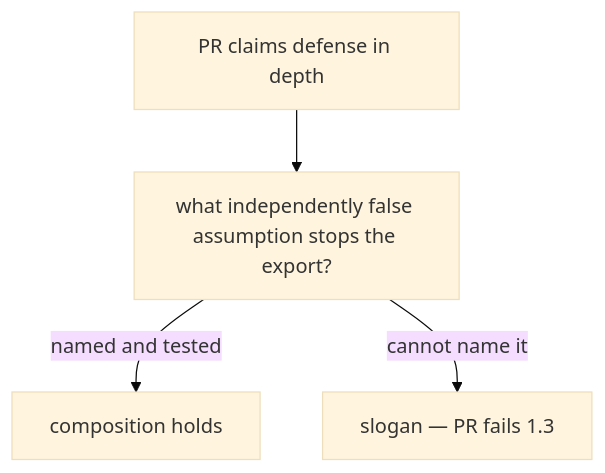
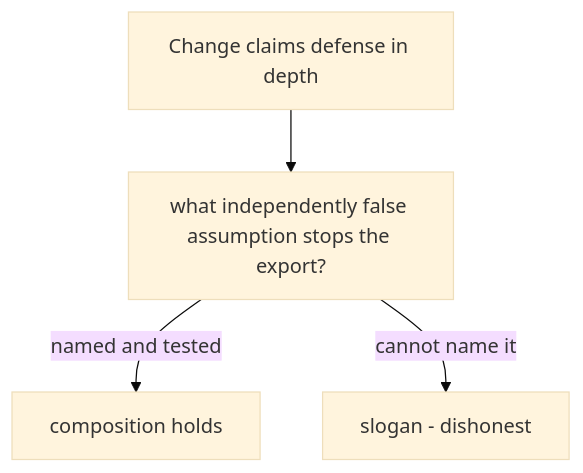
Before and after one commit to ishitvagoel/LearnSecurity: the diagram in content/modules/1/1.3/lessons/08-review.md, drawn with Mermaid (base theme). The commit also changed other lines of this file and 44 other files, not shown here.

````diff
--- a/content/modules/1/1.3/lessons/08-review.md
+++ b/content/modules/1/1.3/lessons/08-review.md
@@ -30,8 +31,8 @@
 ```mermaid
 flowchart TD
-  pr["PR claims defense in depth"]
-  q["what independently false assumption stops the export?"]
+  pr[Change claims defense in depth]
+  q[what independently false assumption stops the export?]
   pr --> q
-  q -->|"named and tested"| pass["composition holds"]
-  q -->|"cannot name it"| fail["slogan — PR fails 1.3"]
+  q -->|named and tested| pass[composition holds]
+  q -->|cannot name it| fail[slogan - dishonest]
 ```
````
